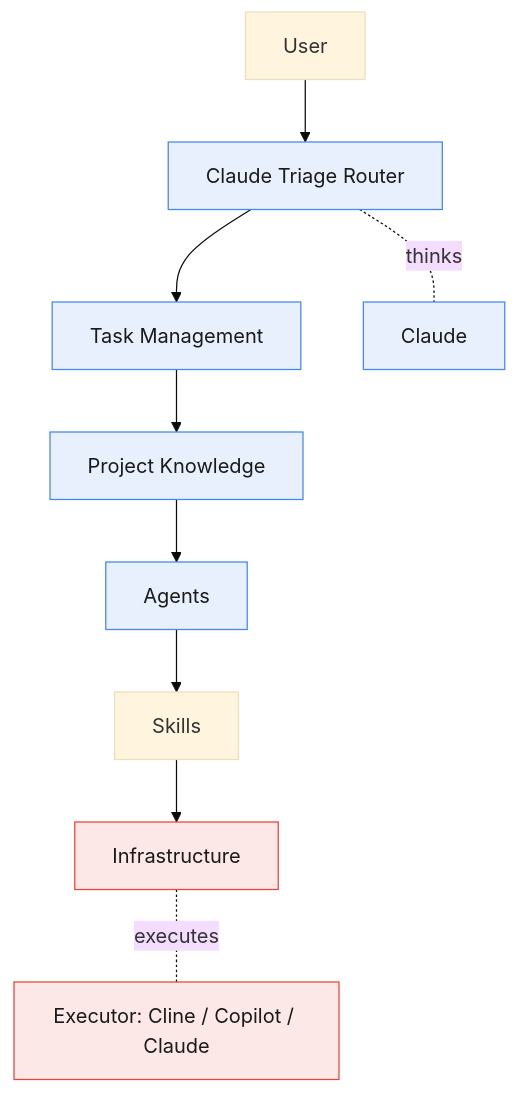
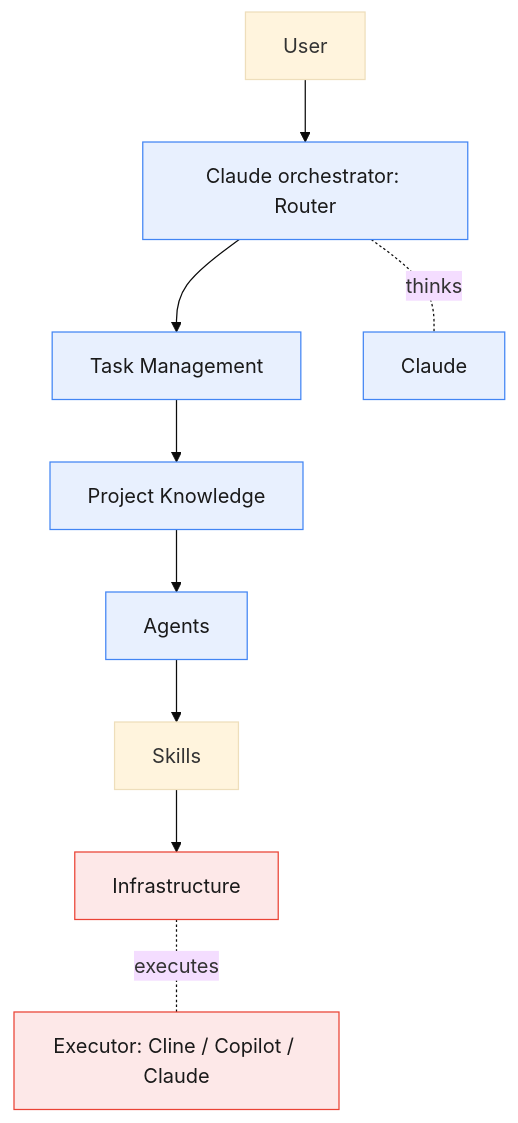
Before and after one commit to Vtquan123/strix: the first of 2 diagrams in README.md, drawn with Mermaid (base theme). The commit also changed other lines of this file and 52 other files, not shown here.

````diff
--- a/README.md
+++ b/README.md
@@ -90,14 +90,14 @@
 ```mermaid
 flowchart TD
-    U[User] --> R[Claude Triage Router]
+    U[User] --> R[Claude orchestrator: Router]
     R --> TM[Task Management]
     TM --> PK[Project Knowledge]
     PK --> AG[Agents]
     AG --> SK[Skills]
     SK --> IN[Infrastructure]
     R -. thinks .- CL[Claude]
     IN -. executes .- CLN[Executor: Cline / Copilot / Claude]
     classDef think fill:#e8f0fe,stroke:#4285f4,color:#1a1a1a;
     classDef exec fill:#fde8e8,stroke:#ea4335,color:#1a1a1a;
     class R,TM,PK,AG,CL think; class IN,CLN exec;
 ```
````
